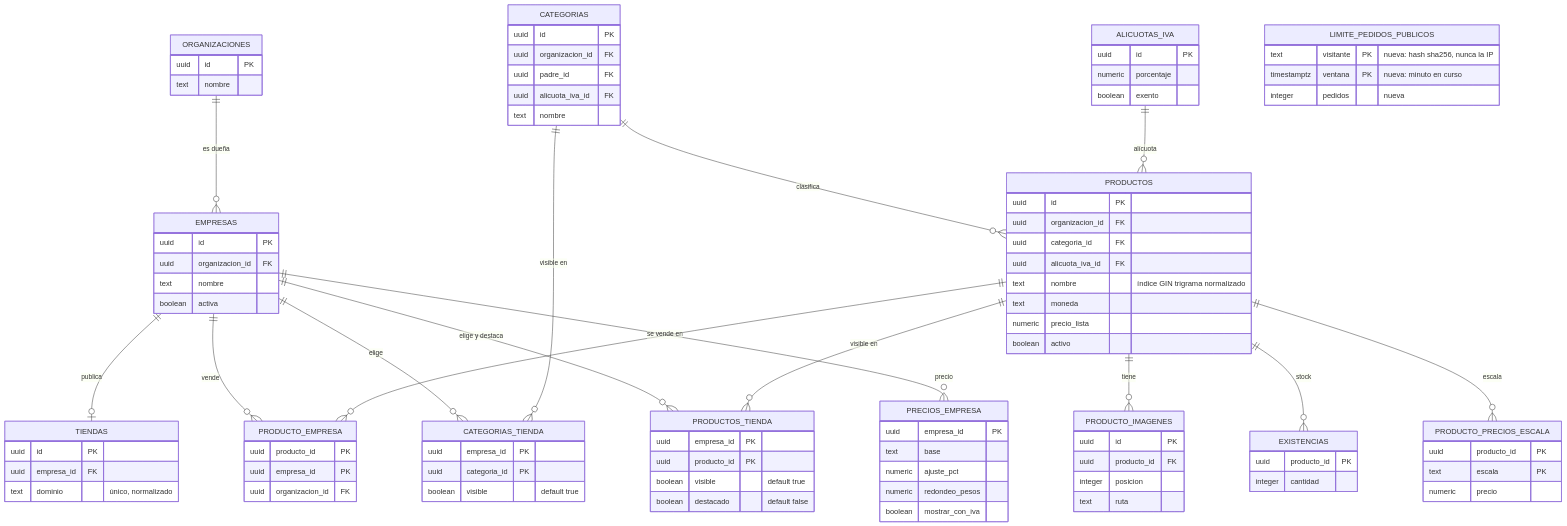
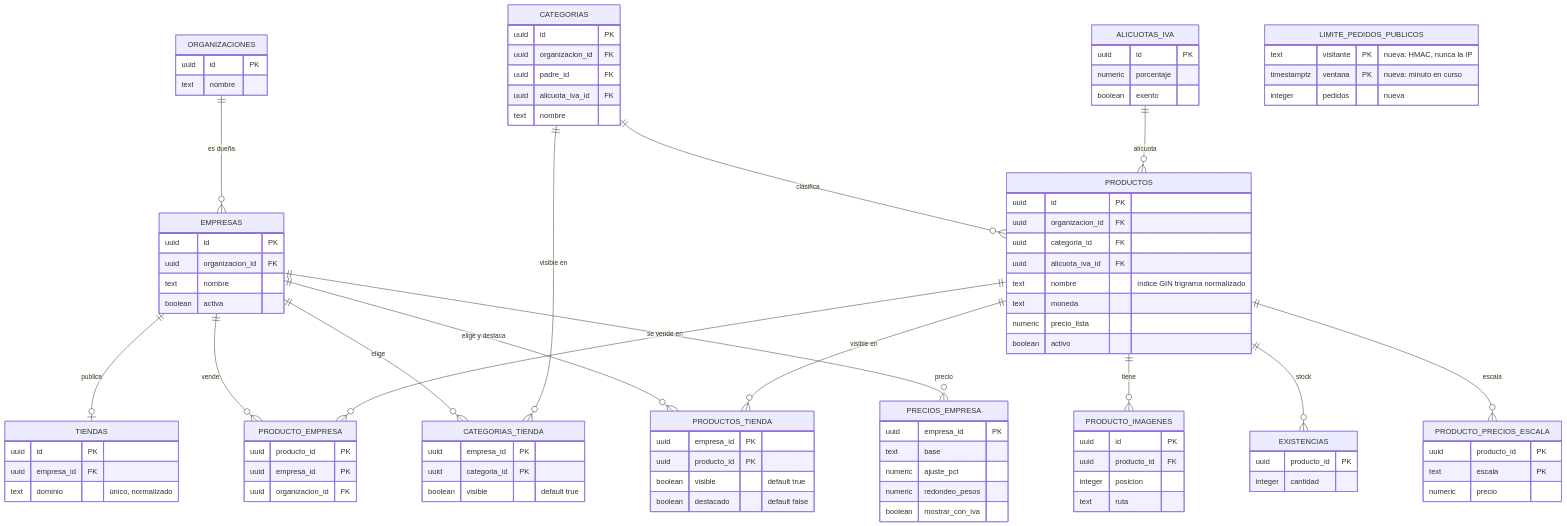
Before and after one commit to nicolasjones/multistorefront-meli: the diagram in docs/tecnico/tienda-inicio-busqueda-movil.md, drawn with Mermaid. The commit also changed other lines of this file and 16 other files, not shown here.

````diff
--- a/docs/tecnico/tienda-inicio-busqueda-movil.md
+++ b/docs/tecnico/tienda-inicio-busqueda-movil.md
@@ -66,70 +91,70 @@
 ```mermaid
 erDiagram
   ORGANIZACIONES ||--o{ EMPRESAS : "es dueña"
   EMPRESAS ||--o| TIENDAS : "publica"
   EMPRESAS ||--o{ PRODUCTO_EMPRESA : "vende"
   PRODUCTOS ||--o{ PRODUCTO_EMPRESA : "se vende en"
   CATEGORIAS ||--o{ PRODUCTOS : "clasifica"
   EMPRESAS ||--o{ CATEGORIAS_TIENDA : "elige"
   CATEGORIAS ||--o{ CATEGORIAS_TIENDA : "visible en"
   EMPRESAS ||--o{ PRODUCTOS_TIENDA : "elige y destaca"
   PRODUCTOS ||--o{ PRODUCTOS_TIENDA : "visible en"
   PRODUCTOS ||--o{ PRODUCTO_IMAGENES : "tiene"
   PRODUCTOS ||--o{ EXISTENCIAS : "stock"
   EMPRESAS ||--o{ PRECIOS_EMPRESA : "precio"
   PRODUCTOS ||--o{ PRODUCTO_PRECIOS_ESCALA : "escala"
   ALICUOTAS_IVA ||--o{ PRODUCTOS : "alícuota"
 
-  LIMITE_PEDIDOS_PUBLICOS { text visitante PK "nueva: hash sha256, nunca la IP"
+  LIMITE_PEDIDOS_PUBLICOS { text visitante PK "nueva: HMAC, nunca la IP"
     timestamptz ventana PK "nueva: minuto en curso"
     integer pedidos "nueva" }
   PRODUCTOS { uuid id PK
     uuid organizacion_id FK
     uuid categoria_id FK
     uuid alicuota_iva_id FK
     text nombre "índice GIN trigrama normalizado"
     text moneda
     numeric precio_lista
     boolean activo }
   EMPRESAS { uuid id PK
     uuid organizacion_id FK
     text nombre
     boolean activa }
   TIENDAS { uuid id PK
     uuid empresa_id FK
     text dominio "único, normalizado" }
   CATEGORIAS { uuid id PK
     uuid organizacion_id FK
     uuid padre_id FK
     uuid alicuota_iva_id FK
     text nombre }
   PRODUCTO_EMPRESA { uuid producto_id PK
     uuid empresa_id PK
     uuid organizacion_id FK }
   PRODUCTOS_TIENDA { uuid empresa_id PK
     uuid producto_id PK
     boolean visible "default true"
     boolean destacado "default false" }
   CATEGORIAS_TIENDA { uuid empresa_id PK
     uuid categoria_id PK
     boolean visible "default true" }
   PRODUCTO_IMAGENES { uuid id PK
     uuid producto_id FK
     integer posicion
     text ruta }
   EXISTENCIAS { uuid producto_id PK
     integer cantidad }
   PRECIOS_EMPRESA { uuid empresa_id PK
     text base
     numeric ajuste_pct
     numeric redondeo_pesos
     boolean mostrar_con_iva }
   PRODUCTO_PRECIOS_ESCALA { uuid producto_id PK
     text escala PK
     numeric precio }
   ALICUOTAS_IVA { uuid id PK
     numeric porcentaje
     boolean exento }
   ORGANIZACIONES { uuid id PK
     text nombre }
 ```
````
